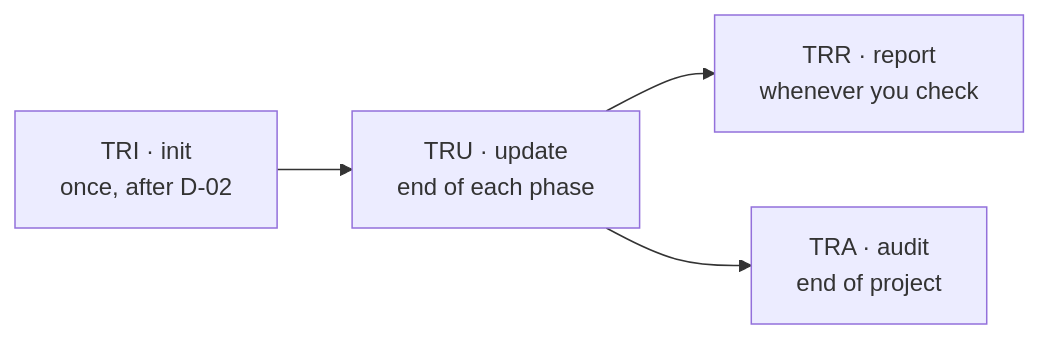
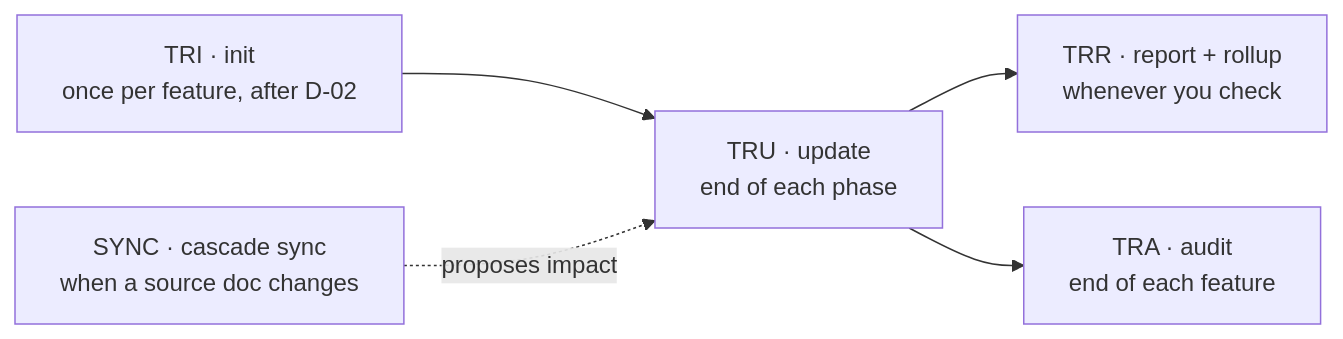
The first of 2 diagrams in docs/en/how-to/manage-traceability.md (hanh9898/waterfall-bmad-method), drawn with Mermaid before and after one commit. The commit also changed other lines of this file and 29 other files, not shown here.

First line of the commit message:
docs(hbc): đồng bộ toàn bộ tài liệu sang v2 (incremental per-feature + TDD)

````diff
--- a/docs/en/how-to/manage-traceability.md
+++ b/docs/en/how-to/manage-traceability.md
@@ -13,6 +32,7 @@
 ```mermaid
 flowchart LR
-    TRI["TRI · init<br/>once, after D-02"] --> TRU["TRU · update<br/>end of each phase"]
-    TRU --> TRR["TRR · report<br/>whenever you check"]
-    TRU --> TRA["TRA · audit<br/>end of project"]
+    TRI["TRI · init<br/>once per feature, after D-02"] --> TRU["TRU · update<br/>end of each phase"]
+    TRU --> TRR["TRR · report + rollup<br/>whenever you check"]
+    TRU --> TRA["TRA · audit<br/>end of each feature"]
+    SYNC["SYNC · cascade sync<br/>when a source doc changes"] -.proposes impact.-> TRU
 ```
````
